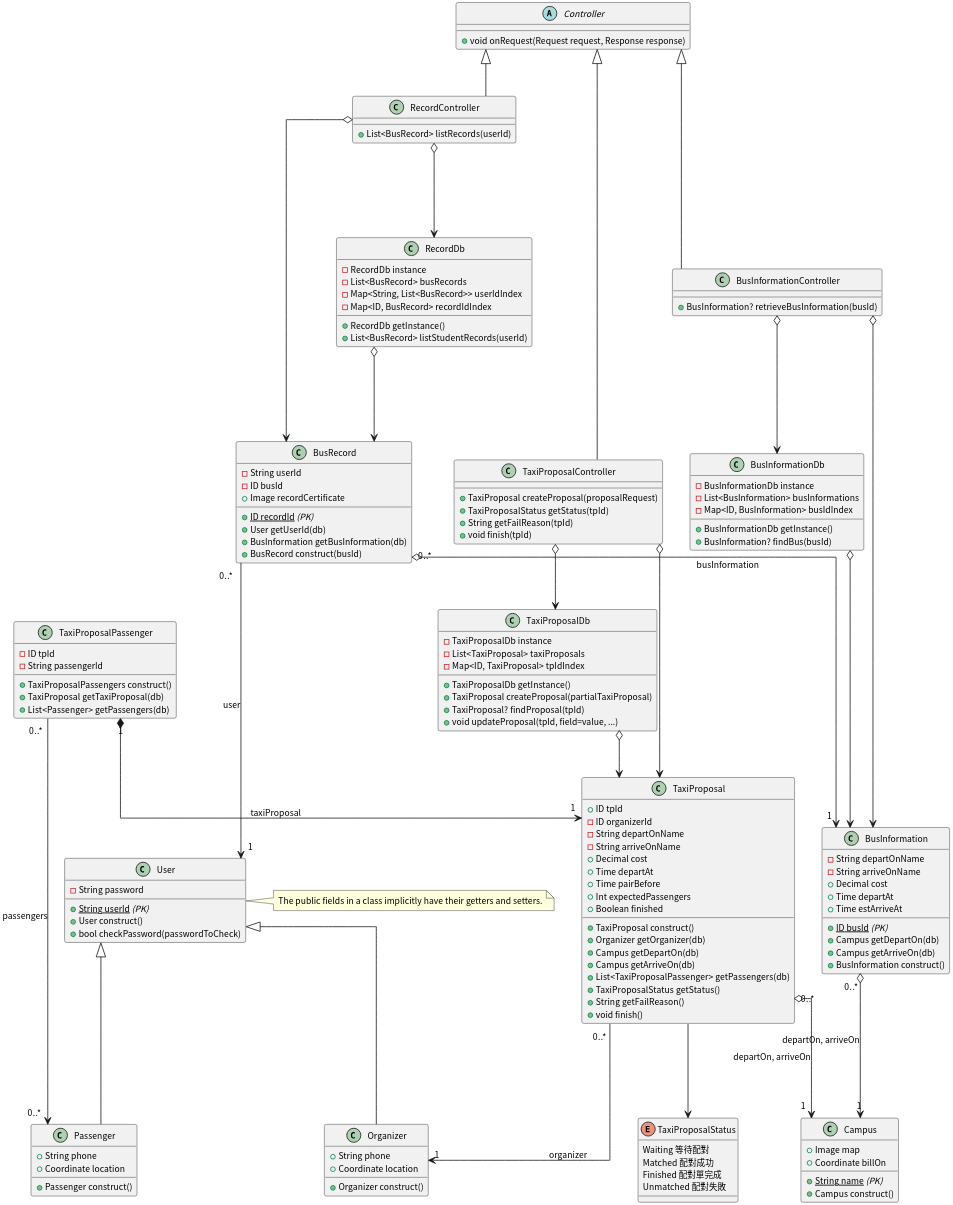
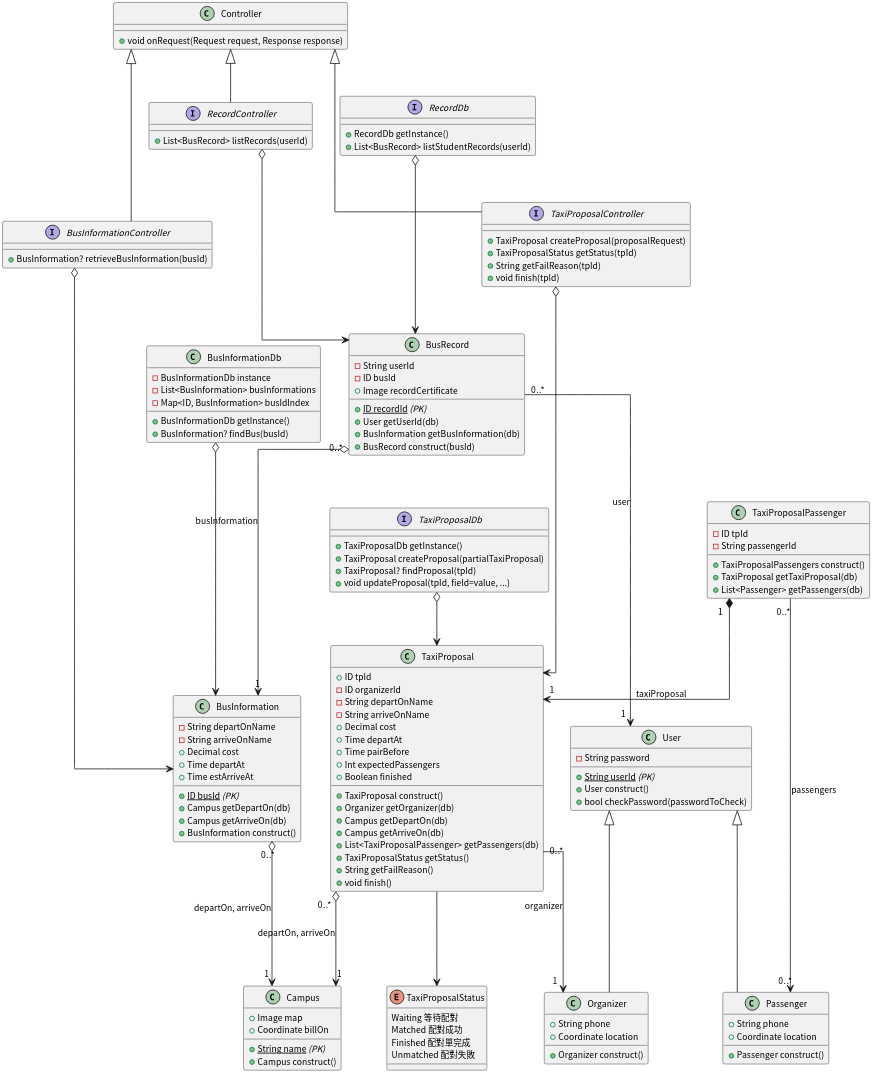
Before and after one commit to pan93412/nkust-homework: the diagram in semester-4/system-analysis/class-diagram.plantuml, drawn with PlantUML.

Commit message:
s4: system-analysis: class-diagram: Interface

```diff
--- a/semester-4/system-analysis/class-diagram.plantuml
+++ b/semester-4/system-analysis/class-diagram.plantuml
@@ -1,163 +1,151 @@
 @startuml ClassDiagram
 
 skinparam linetype ortho
 skinparam dpi 300
 skinparam defaultFontSize 11
 skinparam defaultFontName "Noto Sans CJK TC"
 
 
 class User {
     +<u>String userId</u> <i>(PK)</i>
     -String password
     +User construct()
     +bool checkPassword(passwordToCheck)
 }
 
-note right: The public fields in a class implicitly have their getters and setters.
-
 class Passenger {
     +String phone
     +Coordinate location
     +Passenger construct()
 }
 User <|--- Passenger
 
 class Organizer {
     +String phone
     +Coordinate location
     +Organizer construct()
 }
 User <|--- Organizer
 
-class RecordController {
+interface RecordController {
     +List<BusRecord> listRecords(userId)
 }
 RecordController o---> BusRecord
-RecordController o---> RecordDb
 
-class RecordDb {
-    -RecordDb instance
-    -List<BusRecord> busRecords
-    -Map<String, List<BusRecord>> userIdIndex
-    -Map<ID, BusRecord> recordIdIndex
+interface RecordDb {
     +RecordDb getInstance()
     +List<BusRecord> listStudentRecords(userId)
 }
 RecordDb o---> BusRecord
 
 class BusRecord {
     +<u>ID recordId</u> <i>(PK)</i>
     -String userId
     -ID busId
     +Image recordCertificate
     +User getUserId(db)
     +BusInformation getBusInformation(db)
     +BusRecord construct(busId)
 }
 BusRecord "0..*" ---> "1" User: user
 BusRecord "0..*" o---> "1" BusInformation: busInformation
 
-class BusInformationController {
+interface BusInformationController {
     +BusInformation? retrieveBusInformation(busId)
 }
 BusInformationController o---> BusInformation
-BusInformationController o---> BusInformationDb
 
 class BusInformationDb {
     -BusInformationDb instance
     -List<BusInformation> busInformations
     -Map<ID, BusInformation> busIdIndex
     +BusInformationDb getInstance()
     +BusInformation? findBus(busId)
 }
 BusInformationDb o---> BusInformation
 
 class BusInformation {
     +<u>ID busId</u> <i>(PK)</i>
     -String departOnName
     -String arriveOnName
     +Decimal cost
     +Time departAt
     +Time estArriveAt
     +Campus getDepartOn(db)
     +Campus getArriveOn(db)
     +BusInformation construct()
 }
 BusInformation "0..*" o---> "1" Campus: departOn, arriveOn
 
 class Campus {
     +<u>String name</u> <i>(PK)</i>
     +Image map
     +Coordinate billOn
     +Campus construct()
 }
 
 class TaxiProposalPassenger {
     -ID tpId
     -String passengerId
     +TaxiProposalPassengers construct()
     +TaxiProposal getTaxiProposal(db)
     +List<Passenger> getPassengers(db)
 }
 TaxiProposalPassenger "0..*" --> "0..*" Passenger: passengers
 TaxiProposalPassenger "1" *--> "1" TaxiProposal: taxiProposal
 
-class TaxiProposalController {
+interface TaxiProposalController {
     +TaxiProposal createProposal(proposalRequest)
     +TaxiProposalStatus getStatus(tpId)
     +String getFailReason(tpId)
     +void finish(tpId)
 }
 TaxiProposalController o--> TaxiProposal
-TaxiProposalController o--> TaxiProposalDb
 
-class TaxiProposalDb {
-    -TaxiProposalDb instance
-    -List<TaxiProposal> taxiProposals
-    -Map<ID, TaxiProposal> tpIdIndex
+interface TaxiProposalDb {
     +TaxiProposalDb getInstance()
     +TaxiProposal createProposal(partialTaxiProposal)
     +TaxiProposal? findProposal(tpId)
     +void updateProposal(tpId, field=value, ...)
 }
 TaxiProposalDb o--> TaxiProposal
 
 class TaxiProposal {
     +ID tpId
     -ID organizerId
     -String departOnName
     -String arriveOnName
     +Decimal cost
     +Time departAt
     +Time pairBefore
     +Int expectedPassengers
     +Boolean finished
 
     +TaxiProposal construct()
     +Organizer getOrganizer(db)
     +Campus getDepartOn(db)
     +Campus getArriveOn(db)
     +List<TaxiProposalPassenger> getPassengers(db)
     +TaxiProposalStatus getStatus()
     +String getFailReason()
     +void finish()
 }
 TaxiProposal "0..*" o--> "1" Campus: departOn, arriveOn
 TaxiProposal "0..*" ---> "1" Organizer: organizer
 TaxiProposal ---> TaxiProposalStatus
 
 enum TaxiProposalStatus {
     Waiting 等待配對
     Matched 配對成功
     Finished 配對單完成
     Unmatched 配對失敗
 }
 
-abstract class Controller {
+class Controller {
     +void onRequest(Request request, Response response)
 }
 Controller <|-- RecordController
 Controller <|-- BusInformationController
 Controller <|-- TaxiProposalController
 
 @enduml
```
